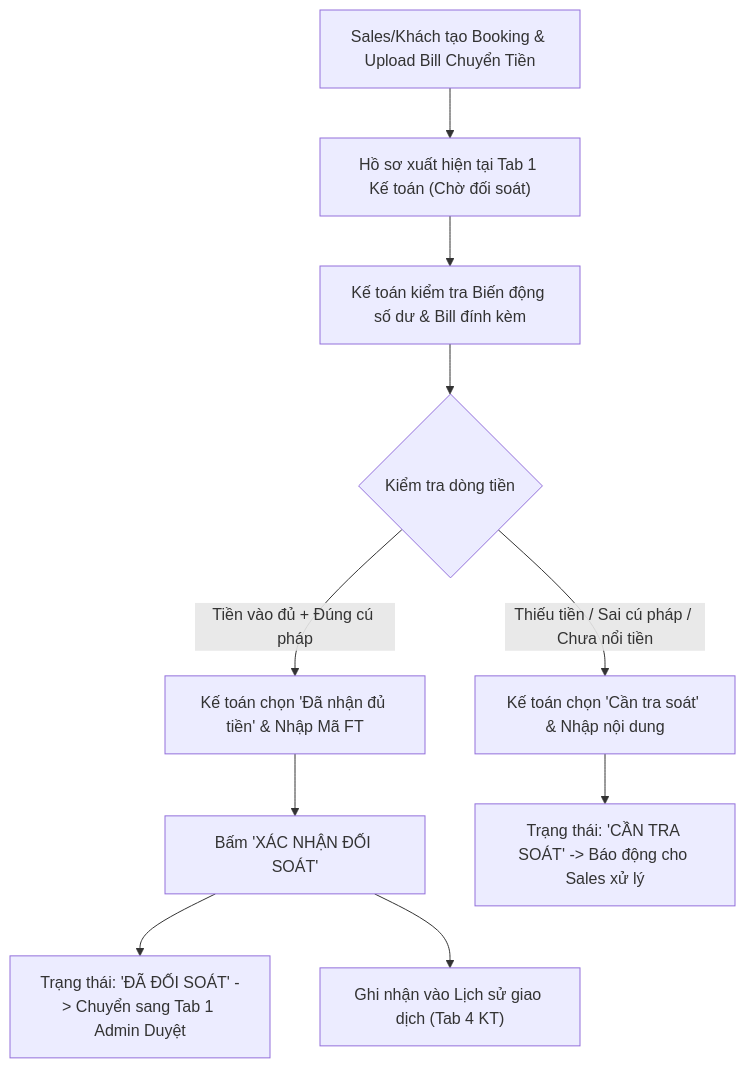
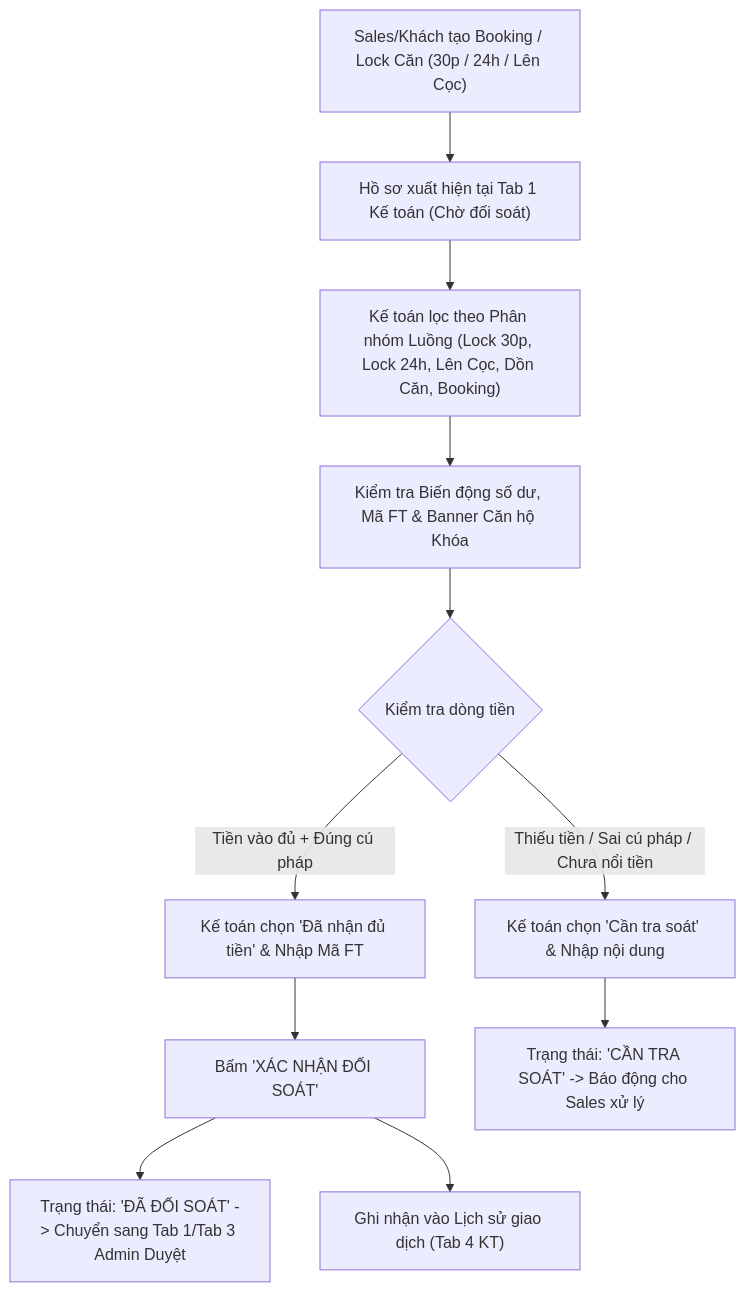
One commit to hdz1210/NW-BA-booking-document changed the diagram in ke_toan/TAB_01_DOI_SOAT_VA_TRA_SOAT_TIEN_VAO.md. Above: the diagram before and after it, drawn with Mermaid. The commit also changed other lines of this file and 52 other files, not shown here.

````diff
--- a/ke_toan/TAB_01_DOI_SOAT_VA_TRA_SOAT_TIEN_VAO.md
+++ b/ke_toan/TAB_01_DOI_SOAT_VA_TRA_SOAT_TIEN_VAO.md
@@ -24,15 +30,16 @@
 ```mermaid
 flowchart TD
-    A["Sales/Khách tạo Booking & Upload Bill Chuyển Tiền"] --> B["Hồ sơ xuất hiện tại Tab 1 Kế toán (Chờ đối soát)"]
-    B --> C["Kế toán kiểm tra Biến động số dư & Bill đính kèm"]
+    A["Sales/Khách tạo Booking / Lock Căn (30p / 24h / Lên Cọc)"] --> B["Hồ sơ xuất hiện tại Tab 1 Kế toán (Chờ đối soát)"]
+    B --> C["Kế toán lọc theo Phân nhóm Luồng (Lock 30p, Lock 24h, Lên Cọc, Dồn Căn, Booking)"]
+    C --> D["Kiểm tra Biến động số dư, Mã FT & Banner Căn hộ Khóa"]
     
-    C --> D{"Kiểm tra dòng tiền"}
+    D --> E{"Kiểm tra dòng tiền"}
     
-    D -- "Tiền vào đủ + Đúng cú pháp" --> E["Kế toán chọn 'Đã nhận đủ tiền' & Nhập Mã FT"]
-    E --> F["Bấm 'XÁC NHẬN ĐỐI SOÁT'"]
-    F --> G["Trạng thái: 'ĐÃ ĐỐI SOÁT' -> Chuyển sang Tab 1 Admin Duyệt"]
-    F --> H["Ghi nhận vào Lịch sử giao dịch (Tab 4 KT)"]
+    E -- "Tiền vào đủ + Đúng cú pháp" --> F["Kế toán chọn 'Đã nhận đủ tiền' & Nhập Mã FT"]
+    F --> G["Bấm 'XÁC NHẬN ĐỐI SOÁT'"]
+    G --> H["Trạng thái: 'ĐÃ ĐỐI SOÁT' -> Chuyển sang Tab 1/Tab 3 Admin Duyệt"]
+    G --> I["Ghi nhận vào Lịch sử giao dịch (Tab 4 KT)"]
     
-    D -- "Thiếu tiền / Sai cú pháp / Chưa nổi tiền" --> I["Kế toán chọn 'Cần tra soát' & Nhập nội dung"]
-    I --> J["Trạng thái: 'CẦN TRA SOÁT' -> Báo động cho Sales xử lý"]
+    E -- "Thiếu tiền / Sai cú pháp / Chưa nổi tiền" --> J["Kế toán chọn 'Cần tra soát' & Nhập nội dung"]
+    J --> K["Trạng thái: 'CẦN TRA SOÁT' -> Báo động cho Sales xử lý"]
 ```
````
